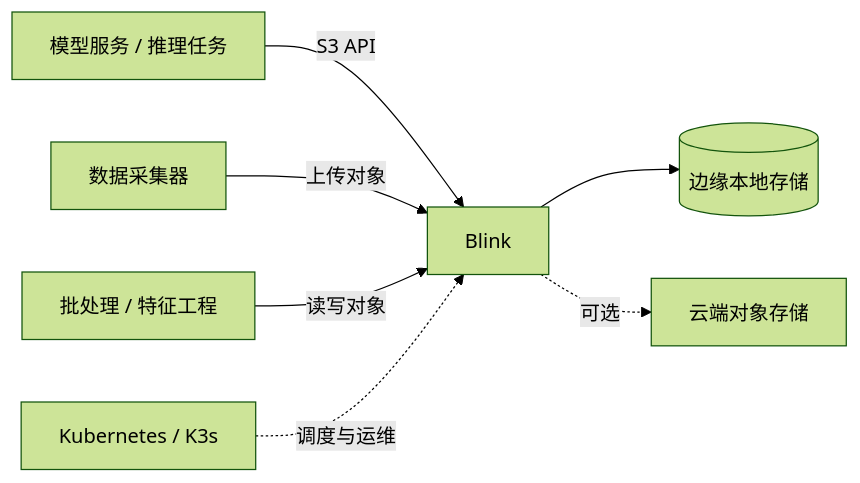
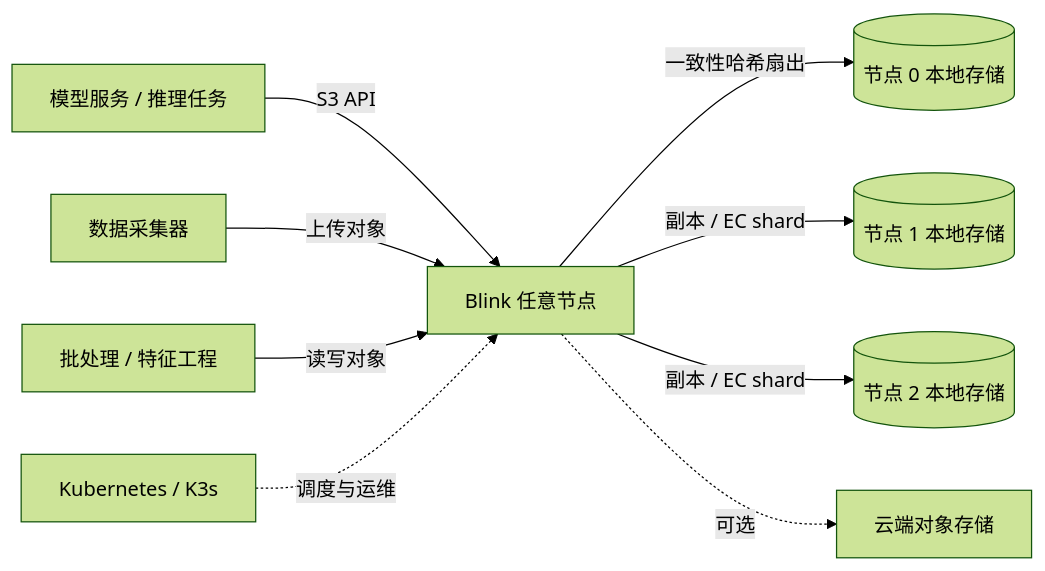
The diagram in README.md (binbinpeng123/Blink), drawn with Mermaid (forest theme) before and after one commit. The commit also changed other lines of this file and 8 other files, not shown here.

````diff
--- a/README.md
+++ b/README.md
@@ -32,9 +32,11 @@
 ```mermaid
 flowchart LR
-    A[模型服务 / 推理任务] -->|S3 API| B[Blink]
+    A[模型服务 / 推理任务] -->|S3 API| B[Blink 任意节点]
     C[数据采集器] -->|上传对象| B
     D[批处理 / 特征工程] -->|读写对象| B
-    B --> E[(边缘本地存储)]
-    B -. 可选 .-> F[云端对象存储]
-    G[Kubernetes / K3s] -. 调度与运维 .-> B
+    B -->|一致性哈希扇出| E[(节点 0 本地存储)]
+    B -->|副本 / EC shard| F[(节点 1 本地存储)]
+    B -->|副本 / EC shard| G[(节点 2 本地存储)]
+    B -. 可选 .-> H[云端对象存储]
+    K[Kubernetes / K3s] -. 调度与运维 .-> B
 ```
````
